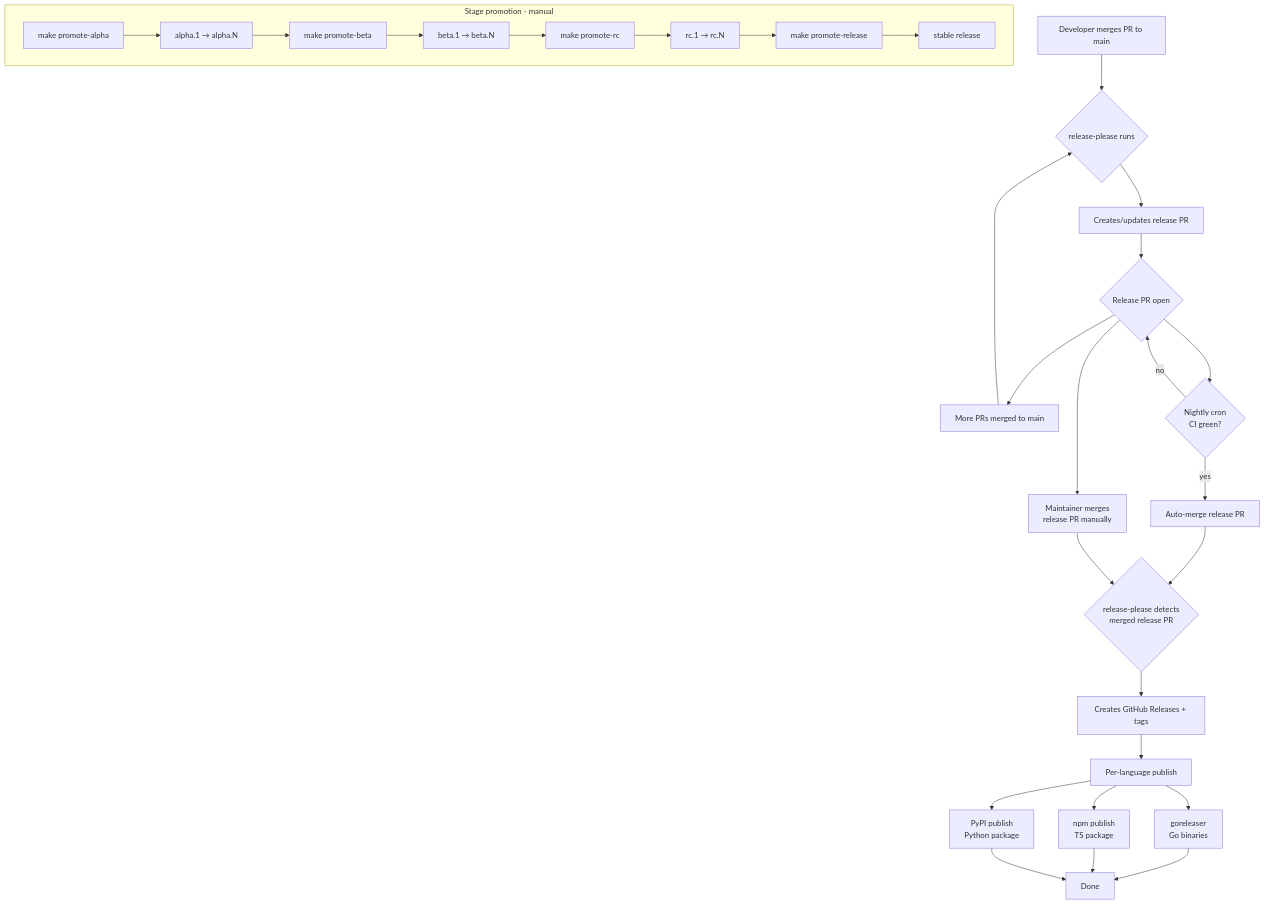
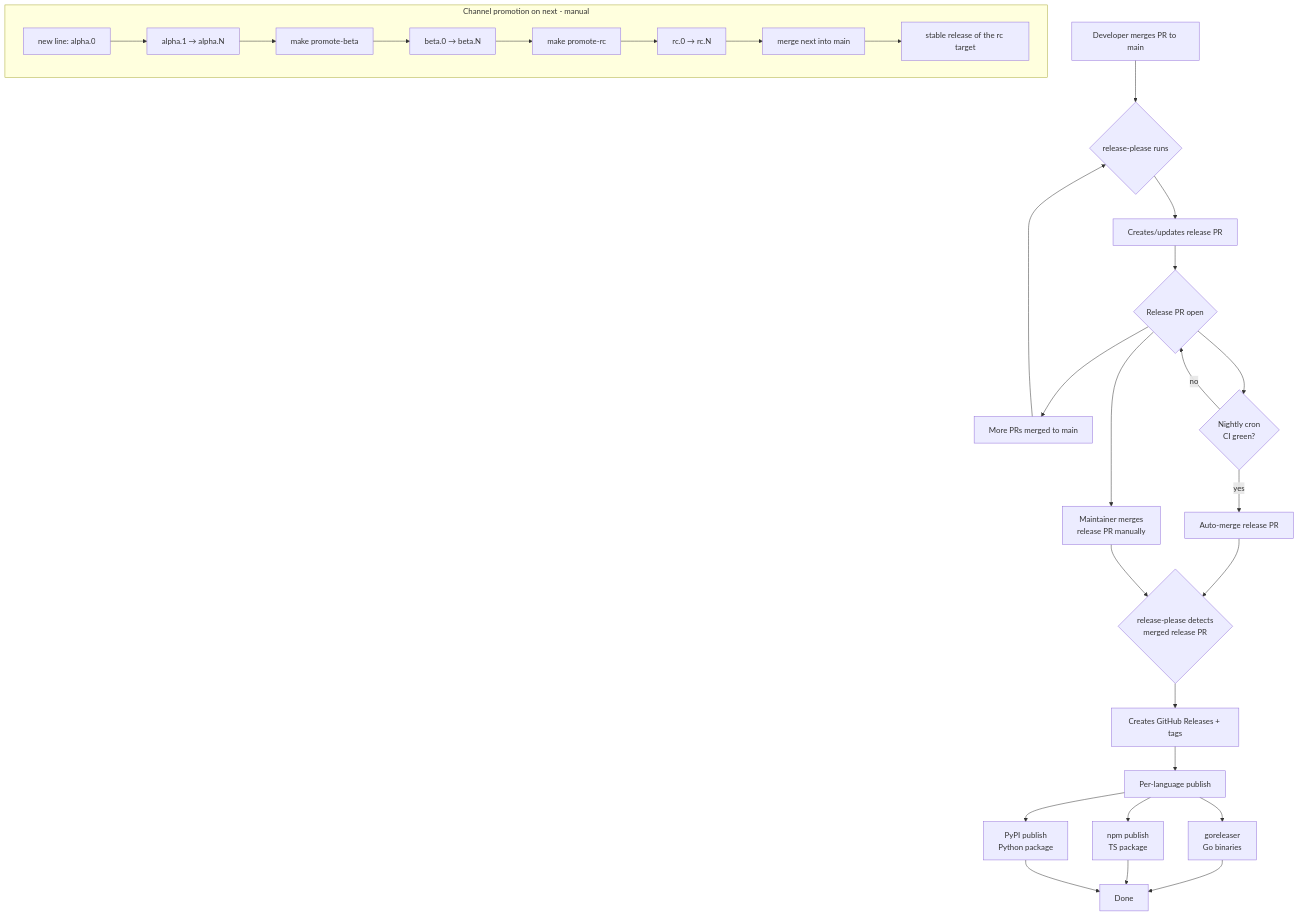
The diagram in docs/contributors/releasing.md (hop-top/poly-kit), drawn with Mermaid before and after one commit. The commit also changed other lines of this file and 1 other file, not shown here.

First line of the commit message:
docs(release): target versioning in RELEASING.md

````diff
--- a/docs/contributors/releasing.md
+++ b/docs/contributors/releasing.md
@@ -904,39 +904,39 @@
 ```mermaid
 flowchart TD
     A[Developer merges PR to main] --> B{release-please runs}
     B --> C[Creates/updates release PR]
     C --> D{Release PR open}
 
     D --> E[More PRs merged to main]
     E --> B
 
     D --> F{Nightly cron\nCI green?}
     F -- no --> D
     F -- yes --> G[Auto-merge release PR]
 
     D --> H[Maintainer merges\nrelease PR manually]
 
     G --> I{release-please detects\nmerged release PR}
     H --> I
 
     I --> J[Creates GitHub Releases + tags]
     J --> K[Per-language publish]
 
     K --> L[goreleaser\nGo binaries]
     K --> M[npm publish\nTS package]
     K --> N[PyPI publish\nPython package]
 
     L --> O[Done]
     M --> O
     N --> O
 
-    subgraph Stage promotion - manual
-        P[make promote-alpha] --> Q[alpha.1 → alpha.N]
+    subgraph Channel promotion on next - manual
+        P[new line: alpha.0] --> Q[alpha.1 → alpha.N]
         Q --> R[make promote-beta]
-        R --> S[beta.1 → beta.N]
+        R --> S[beta.0 → beta.N]
         S --> T[make promote-rc]
-        T --> U[rc.1 → rc.N]
-        U --> V[make promote-release]
-        V --> W[stable release]
+        T --> U[rc.0 → rc.N]
+        U --> V[merge next into main]
+        V --> W[stable release of the rc target]
     end
 ```
````
